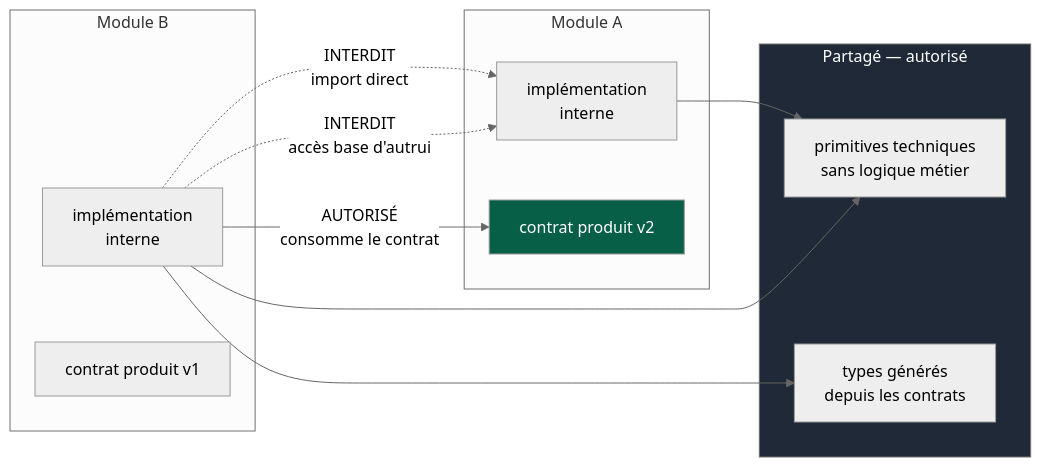
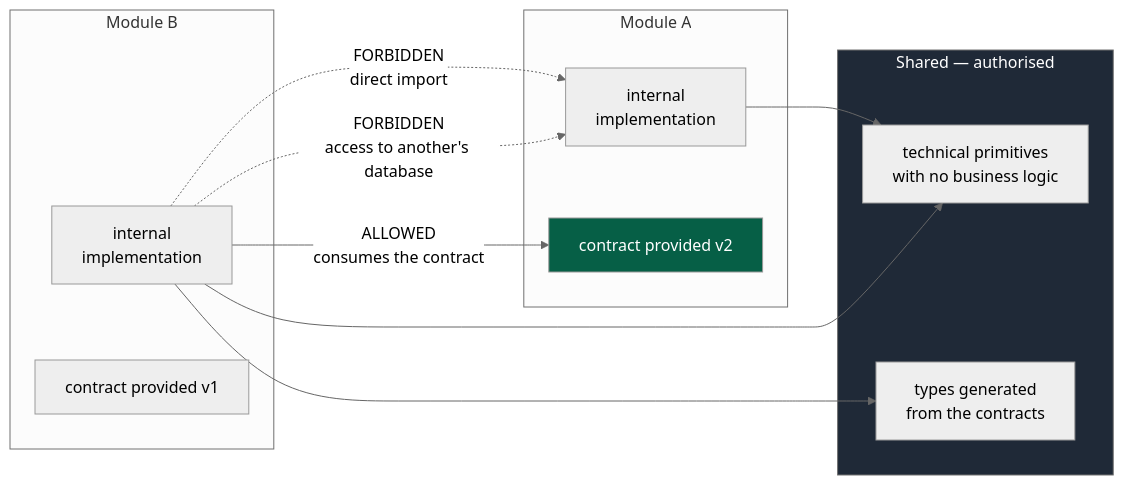
The fifth of 5 diagrams in skeleton/docs/os/02-modules.md (NapkinStack/engineering-os), drawn with Mermaid (neutral theme) before and after one commit. The commit also changed other lines of this file and 87 other files, not shown here.

````diff
--- a/skeleton/docs/os/02-modules.md
+++ b/skeleton/docs/os/02-modules.md
@@ -273,27 +276,27 @@
 ```mermaid
 flowchart LR
     subgraph A["Module A"]
-        AI["implémentation<br/>interne"]
-        AC["contrat produit v2"]
+        AI["internal<br/>implementation"]
+        AC["contract provided v2"]
     end
 
     subgraph B["Module B"]
-        BI["implémentation<br/>interne"]
-        BC["contrat produit v1"]
+        BI["internal<br/>implementation"]
+        BC["contract provided v1"]
     end
 
-    subgraph SH["Partagé — autorisé"]
-        S1["primitives techniques<br/>sans logique métier"]
-        S2["types générés<br/>depuis les contrats"]
+    subgraph SH["Shared — authorised"]
+        S1["technical primitives<br/>with no business logic"]
+        S2["types generated<br/>from the contracts"]
     end
 
-    BI -->|"AUTORISÉ<br/>consomme le contrat"| AC
-    BI -.->|"INTERDIT<br/>import direct"| AI
-    BI -.->|"INTERDIT<br/>accès base d'autrui"| AI
+    BI -->|"ALLOWED<br/>consumes the contract"| AC
+    BI -.->|"FORBIDDEN<br/>direct import"| AI
+    BI -.->|"FORBIDDEN<br/>access to another's database"| AI
     AI --> S1
     BI --> S1
     BI --> S2
 
     style AC fill:#065f46,color:#fff
     style SH fill:#1f2937,color:#fff
 ```
````
